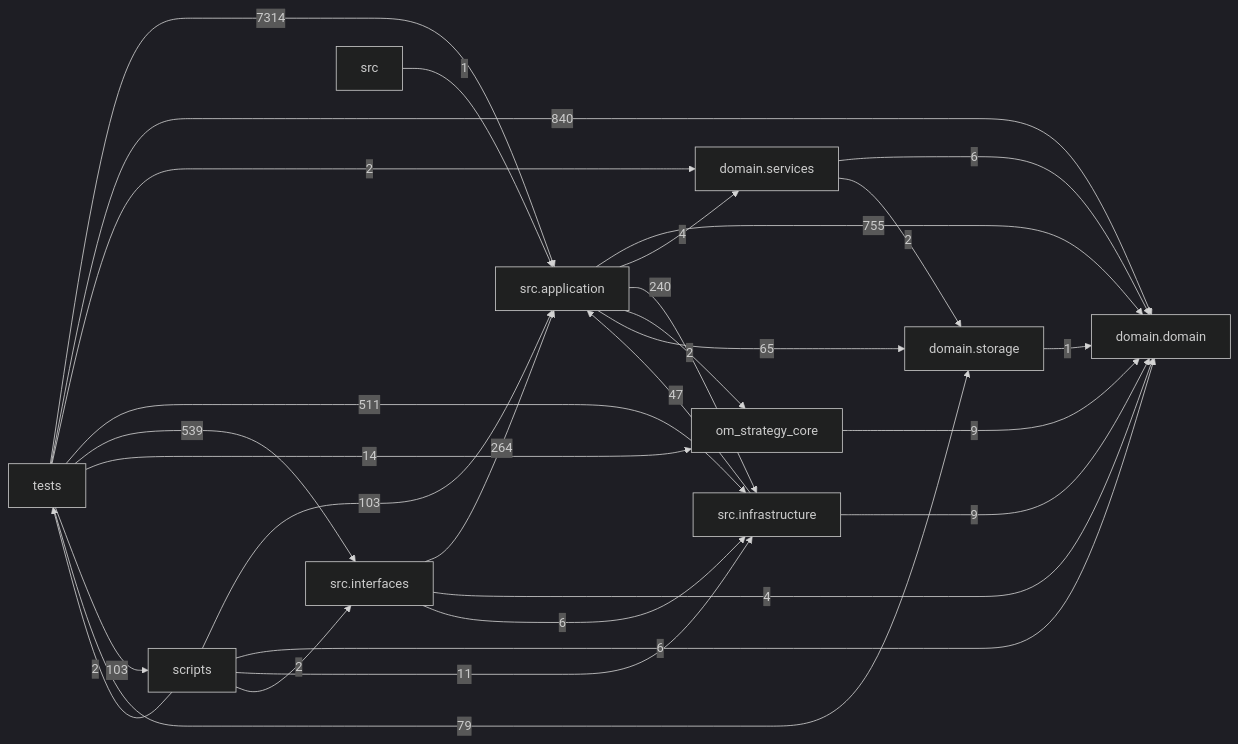
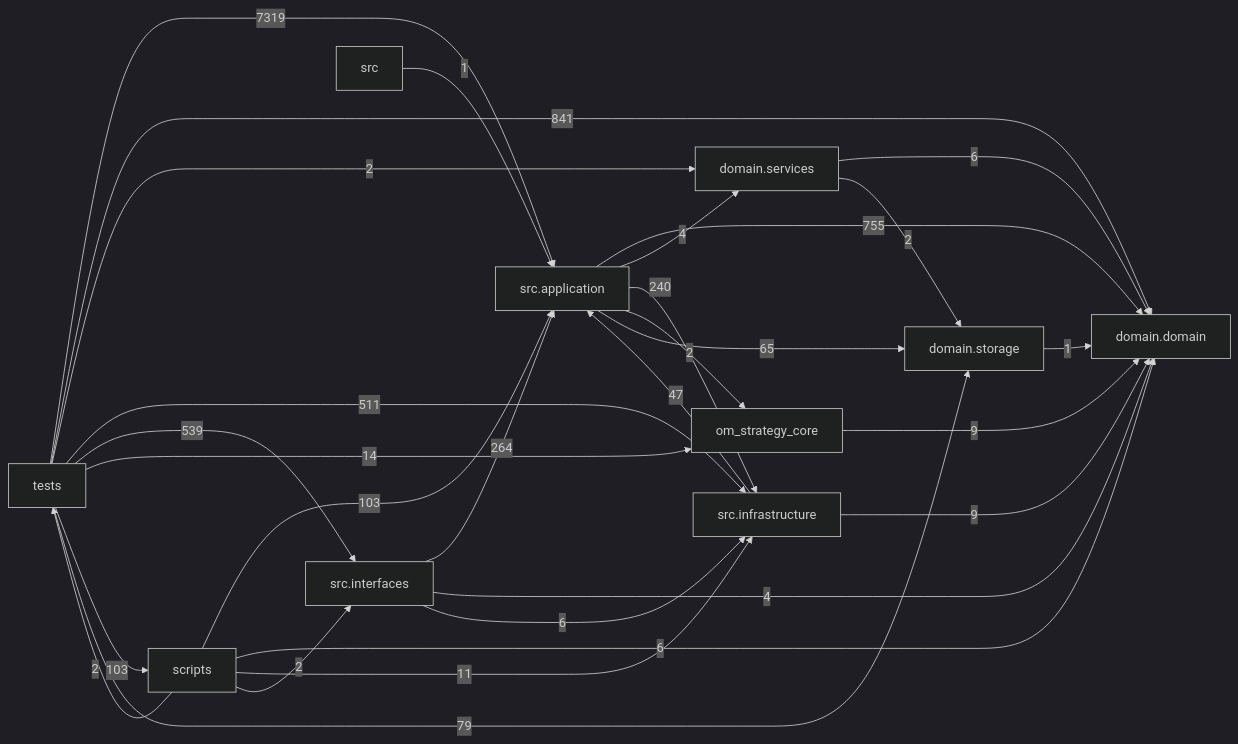
Before and after one commit to liuxie066/options-monitor: the diagram in docs/DEPENDENCY_GRAPH.md, drawn with Mermaid (dark theme). The commit also changed other lines of this file and 16 other files, not shown here.

````diff
--- a/docs/DEPENDENCY_GRAPH.md
+++ b/docs/DEPENDENCY_GRAPH.md
@@ -24,39 +24,39 @@
 ```mermaid
 flowchart LR
   tests["tests"]
   scripts["scripts"]
   interfaces["src.interfaces"]
   application["src.application"]
   infrastructure["src.infrastructure"]
   domain_services["domain.services"]
   domain["domain.domain"]
   storage["domain.storage"]
   application -->|755| domain
   application -->|4| domain_services
   application -->|240| infrastructure
   application -->|2| om_strategy_core
   application -->|65| storage
   domain_services -->|6| domain
   domain_services -->|2| storage
   infrastructure -->|47| application
   infrastructure -->|9| domain
   interfaces -->|264| application
   interfaces -->|4| domain
   interfaces -->|6| infrastructure
   om_strategy_core -->|9| domain
   scripts -->|103| application
   scripts -->|6| domain
   scripts -->|11| infrastructure
   scripts -->|2| interfaces
   scripts -->|2| tests
   src -->|1| application
   storage -->|1| domain
-  tests -->|7314| application
-  tests -->|840| domain
+  tests -->|7319| application
+  tests -->|841| domain
   tests -->|2| domain_services
   tests -->|511| infrastructure
   tests -->|539| interfaces
   tests -->|14| om_strategy_core
   tests -->|103| scripts
   tests -->|79| storage
 ```
````
